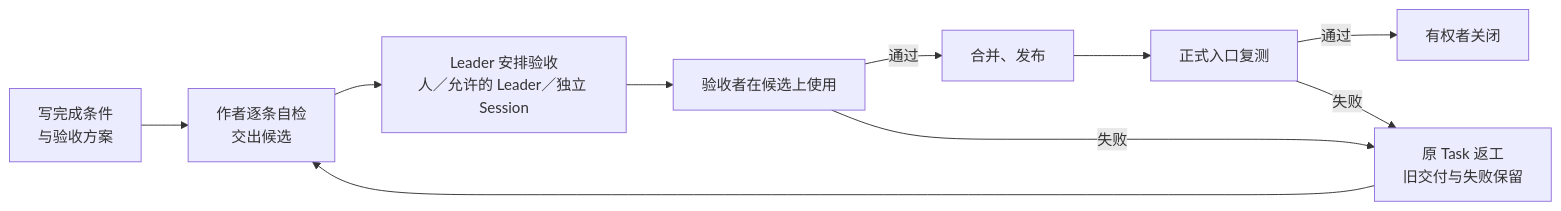
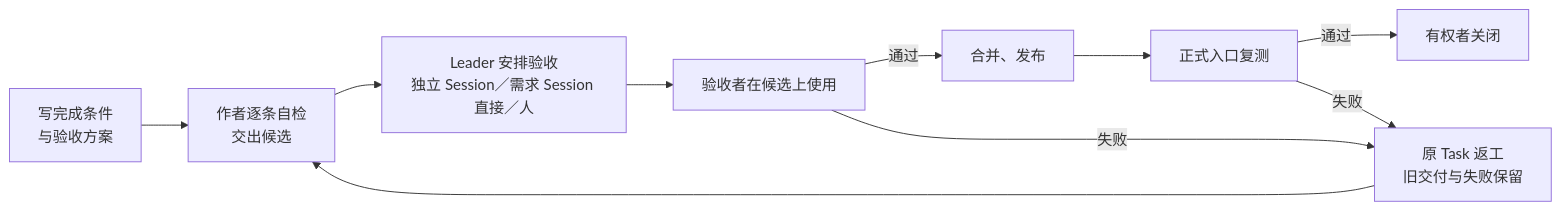
Before and after one commit to cyl19970726/evoLoop: the third of 3 diagrams in docs/product/tasks-and-documents.md, drawn with Mermaid. The commit also changed other lines of this file and 7 other files, not shown here.

````diff
--- a/docs/product/tasks-and-documents.md
+++ b/docs/product/tasks-and-documents.md
@@ -77,12 +77,12 @@
 ```mermaid
 flowchart LR
   W["写完成条件<br/>与验收方案"] --> C["作者逐条自检<br/>交出候选"]
-  C --> A["Leader 安排验收<br/>人／允许的 Leader／独立 Session"]
+  C --> A["Leader 安排验收<br/>独立 Session／需求 Session 直接／人"]
   A --> U["验收者在候选上使用"]
   U -->|通过| R["合并、发布"]
   R --> F["正式入口复测"]
   F -->|通过| D["有权者关闭"]
   U -->|失败| B["原 Task 返工<br/>旧交付与失败保留"]
   F -->|失败| B
   B --> C
 ```
````
